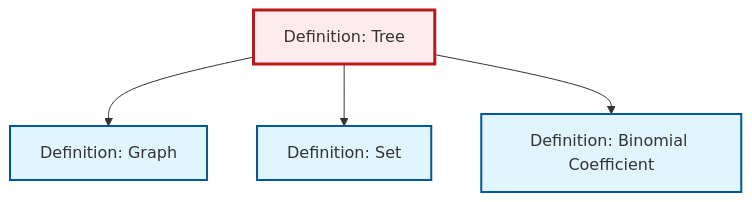
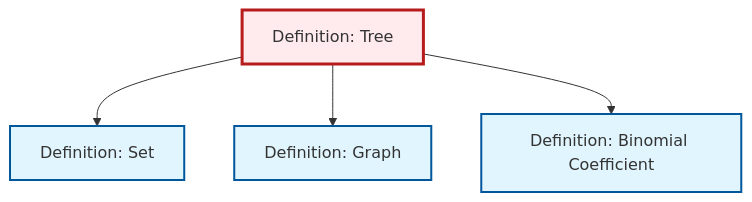
The diagram in content/en/combinatorics/def-tree.qmd (RK0429/ModernMath), drawn with Mermaid before and after one commit. The commit also changed other lines of this file and 554 other files, not shown here.

````diff
--- a/content/en/combinatorics/def-tree.qmd
+++ b/content/en/combinatorics/def-tree.qmd
@@ -136,20 +136,20 @@
 ```{mermaid}
 %%| fig-cap: "Local dependency graph"
 graph TD
     classDef definition fill:#e1f5fe,stroke:#01579b,stroke-width:2px
     classDef theorem fill:#f3e5f5,stroke:#4a148c,stroke-width:2px
     classDef axiom fill:#fff3e0,stroke:#e65100,stroke-width:2px
     classDef example fill:#e8f5e9,stroke:#1b5e20,stroke-width:2px
     classDef current fill:#ffebee,stroke:#b71c1c,stroke-width:3px
+    def-set["Definition: Set"]:::definition
     def-tree["Definition: Tree"]:::definition
+    def-binomial-coefficient["Definition: Binomial Coefficient"]:::definition
     def-graph["Definition: Graph"]:::definition
-    def-set["Definition: Set"]:::definition
-    def-binomial-coefficient["Definition: Binomial Coefficient"]:::definition
+    def-tree --> def-set
     def-tree --> def-graph
-    def-tree --> def-set
     def-tree --> def-binomial-coefficient
     class def-tree current
-    click def-graph "def-graph.html" "Go to Graph definition"
     click def-set "def-set.html" "Go to Set definition"
     click def-binomial-coefficient "def-binomial-coefficient.html" "Go to Binomial Coefficient definition"
+    click def-graph "def-graph.html" "Go to Graph definition"
 ```
````
